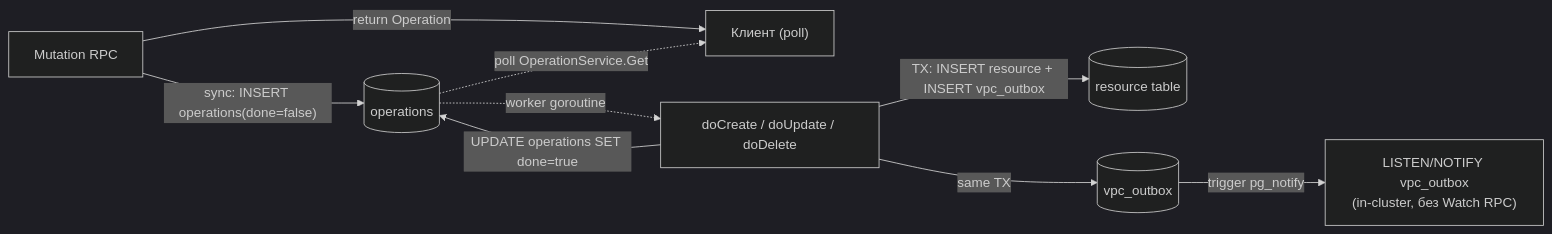
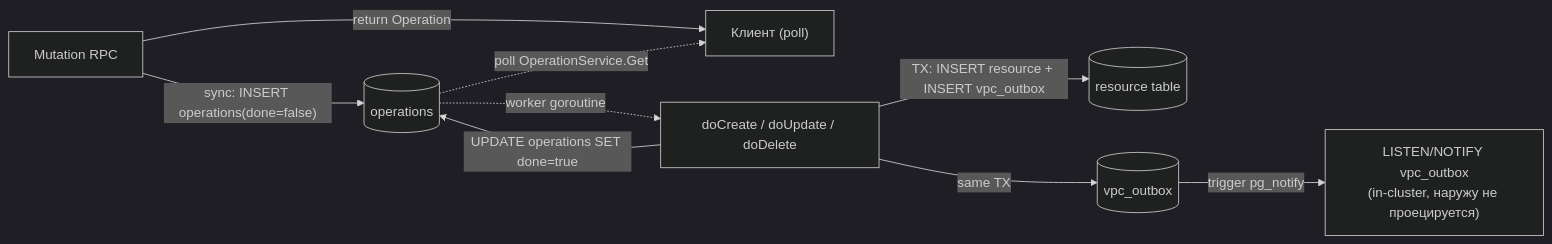
Before and after one commit to PRO-Robotech/kacho: the diagram in services/vpc/docs/content/architecture/data-model.mdx, drawn with Mermaid (dark theme). The commit also changed other lines of this file and 19 other files, not shown here.

````diff
--- a/services/vpc/docs/content/architecture/data-model.mdx
+++ b/services/vpc/docs/content/architecture/data-model.mdx
@@ -247,11 +247,11 @@
 ```mermaid
 flowchart LR
   mut["Mutation RPC"] -->|"sync: INSERT operations(done=false)"| op[("operations")]
   mut -->|"return Operation"| cli["Клиент (poll)"]
   op -.->|"worker goroutine"| work["doCreate / doUpdate / doDelete"]
   work -->|"TX: INSERT resource + INSERT vpc_outbox"| res[("resource table")]
   work -->|"same TX"| ob[("vpc_outbox")]
-  ob -->|"trigger pg_notify"| notify["LISTEN/NOTIFY vpc_outbox<br/>(in-cluster, без Watch RPC)"]
+  ob -->|"trigger pg_notify"| notify["LISTEN/NOTIFY vpc_outbox<br/>(in-cluster, наружу не проецируется)"]
   work -->|"UPDATE operations SET done=true"| op
   op -.->|"poll OperationService.Get"| cli
 ```
````
